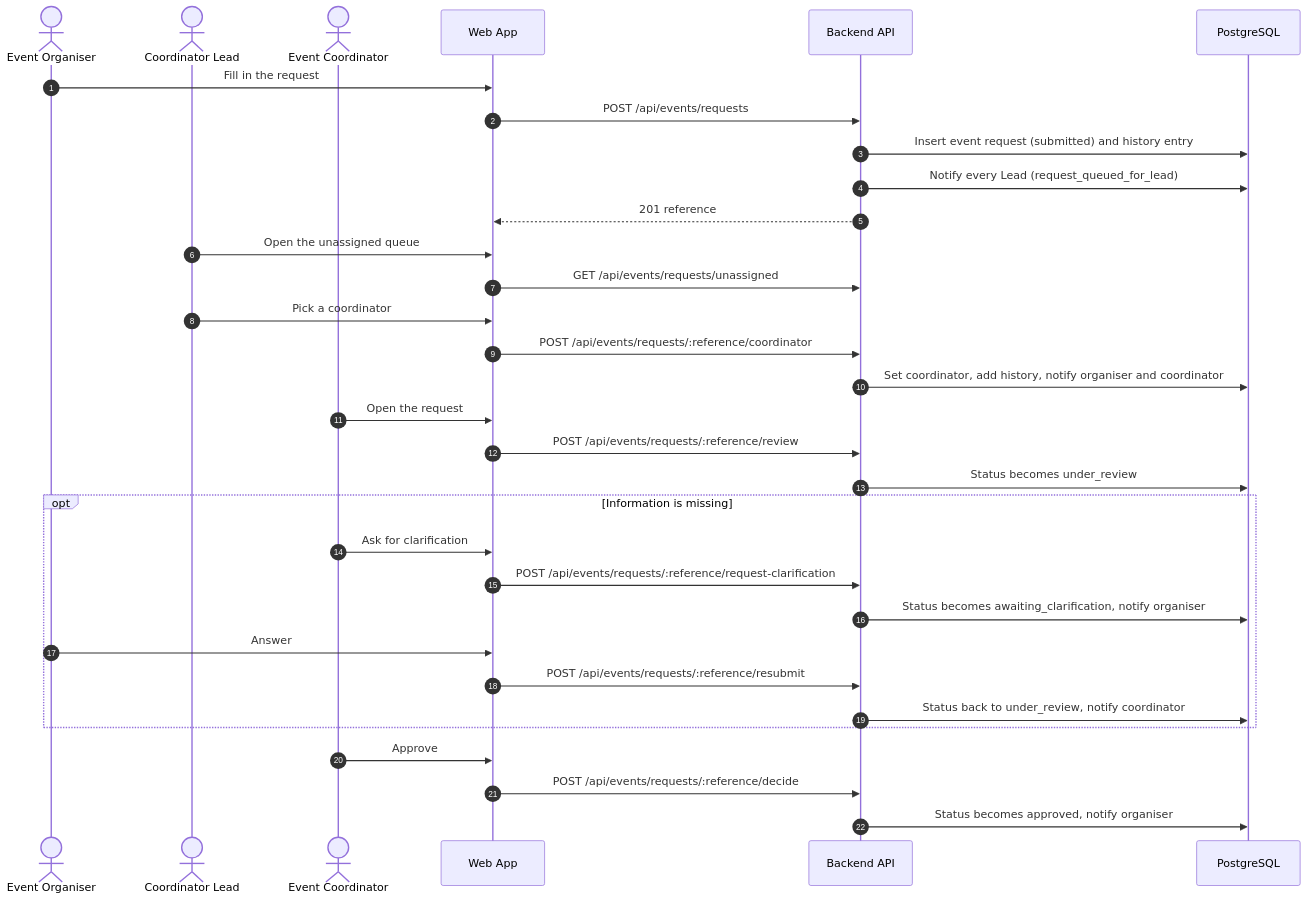
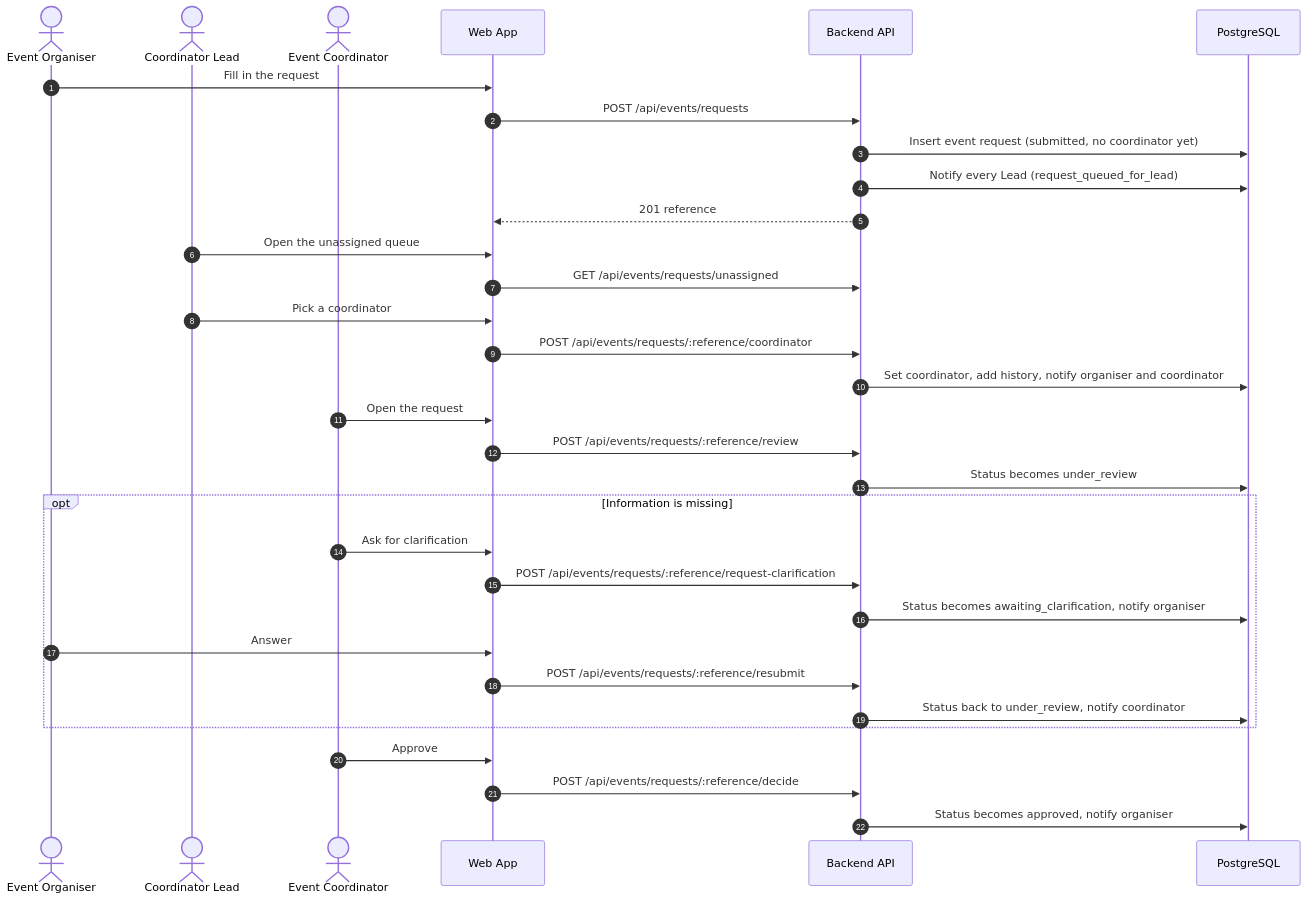
The first of 5 diagrams in docs/architecture/07-uml-sequence-diagrams.md (cheekfg897/SPM-Software-Project-Management-), drawn with Mermaid before and after one commit. The commit also changed other lines of this file and 2 other files, not shown here.

Commit message:
docs(SCRUM-78): match two sequence diagram steps to what the services save
- Submitting a request writes no history entry: submit_event_request saves
  the request as submitted with no coordinator (_mark_submitted), and the
  first entry is coordinator_assigned when the Lead assigns it (SCRUM-95,
  ADR-0036). EventHistoryKind has no submission kind.
- Placing a hold tells the coordinator, with the expiry
  (place_booking_hold, venue_hold_placed), as the approval branch already
  shows for an approval.

PNGs re-rendered from the Mermaid sources.

````diff
--- a/docs/architecture/07-uml-sequence-diagrams.md
+++ b/docs/architecture/07-uml-sequence-diagrams.md
@@ -8,39 +8,39 @@
 ```mermaid
 sequenceDiagram
   autonumber
   actor Org as Event Organiser
   actor Lead as Coordinator Lead
   actor Coord as Event Coordinator
   participant Web as Web App
   participant API as Backend API
   participant DB as PostgreSQL
 
   Org->>Web: Fill in the request
   Web->>API: POST /api/events/requests
-  API->>DB: Insert event request (submitted) and history entry
+  API->>DB: Insert event request (submitted, no coordinator yet)
   API->>DB: Notify every Lead (request_queued_for_lead)
   API-->>Web: 201 reference
 
   Lead->>Web: Open the unassigned queue
   Web->>API: GET /api/events/requests/unassigned
   Lead->>Web: Pick a coordinator
   Web->>API: POST /api/events/requests/:reference/coordinator
   API->>DB: Set coordinator, add history, notify organiser and coordinator
 
   Coord->>Web: Open the request
   Web->>API: POST /api/events/requests/:reference/review
   API->>DB: Status becomes under_review
 
   opt Information is missing
     Coord->>Web: Ask for clarification
     Web->>API: POST /api/events/requests/:reference/request-clarification
     API->>DB: Status becomes awaiting_clarification, notify organiser
     Org->>Web: Answer
     Web->>API: POST /api/events/requests/:reference/resubmit
     API->>DB: Status back to under_review, notify coordinator
   end
 
   Coord->>Web: Approve
   Web->>API: POST /api/events/requests/:reference/decide
   API->>DB: Status becomes approved, notify organiser
 ```
````
